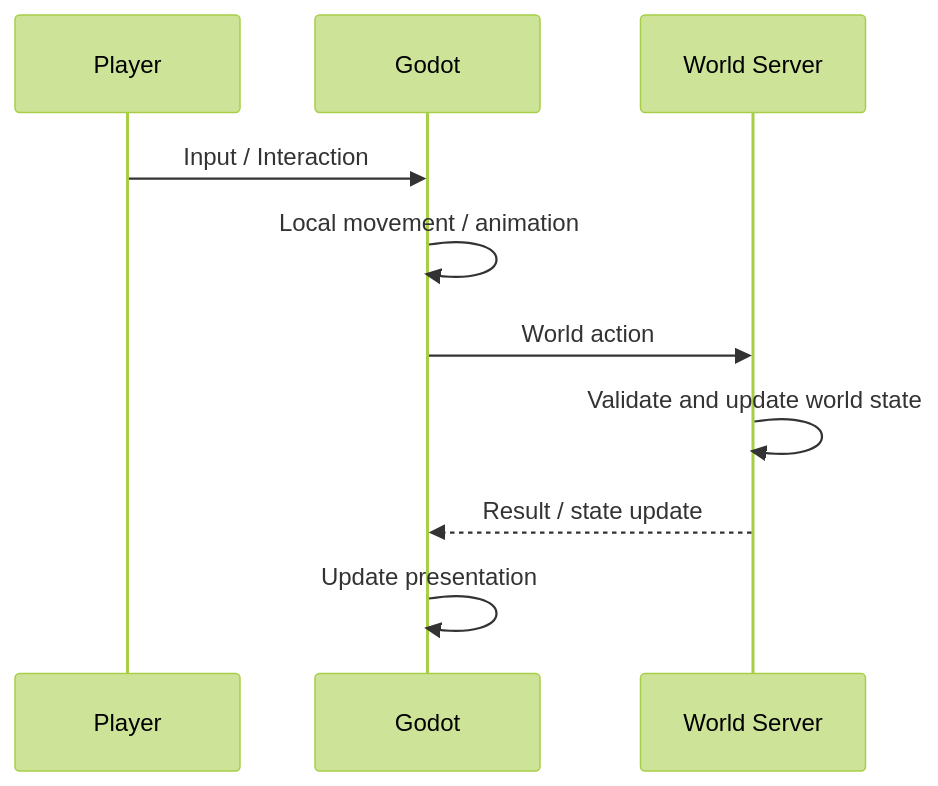
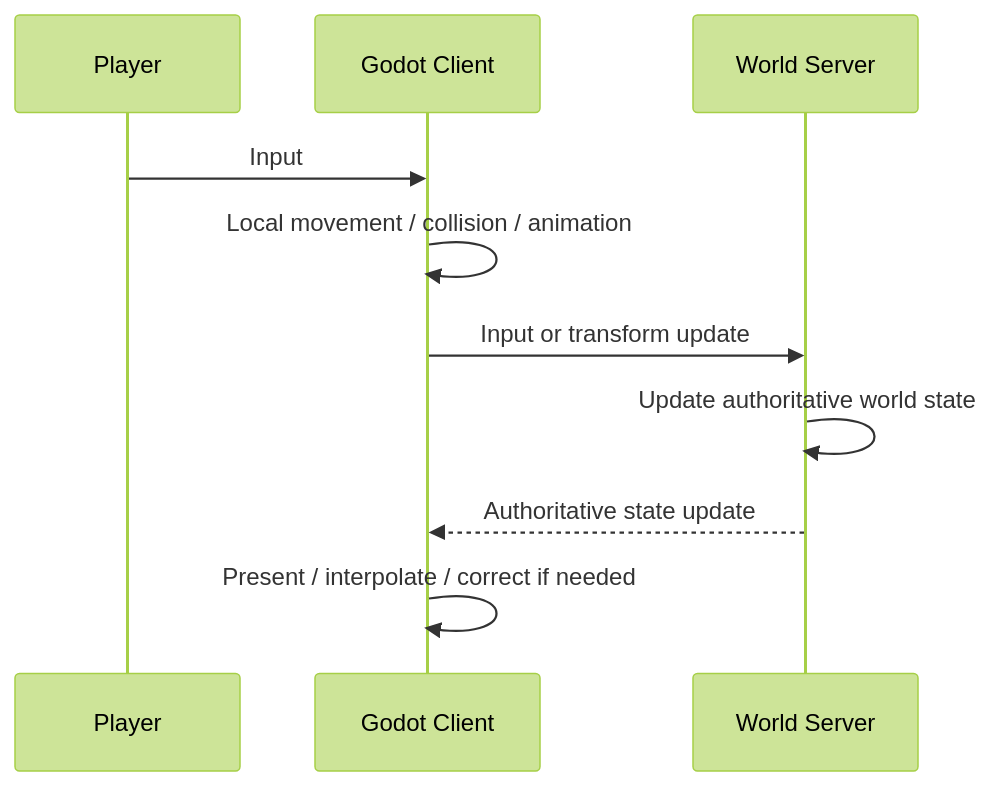
The diagram in architecture/client-runtime.md (Ri0n72Y/idea-slime-bar), drawn with Mermaid (forest theme) before and after one commit. The commit also changed other lines of this file, not shown here.

Commit message:
docs: define godot as world client runtime

````diff
--- a/architecture/client-runtime.md
+++ b/architecture/client-runtime.md
@@ -51,13 +65,13 @@
 ```mermaid
 sequenceDiagram
     participant P as Player
-    participant G as Godot
+    participant G as Godot Client
     participant W as World Server
 
-    P->>G: Input / Interaction
-    G->>G: Local movement / animation
-    G->>W: World action
-    W->>W: Validate and update world state
-    W-->>G: Result / state update
-    G->>G: Update presentation
+    P->>G: Input
+    G->>G: Local movement / collision / animation
+    G->>W: Input or transform update
+    W->>W: Update authoritative world state
+    W-->>G: Authoritative state update
+    G->>G: Present / interpolate / correct if needed
 ```
````
